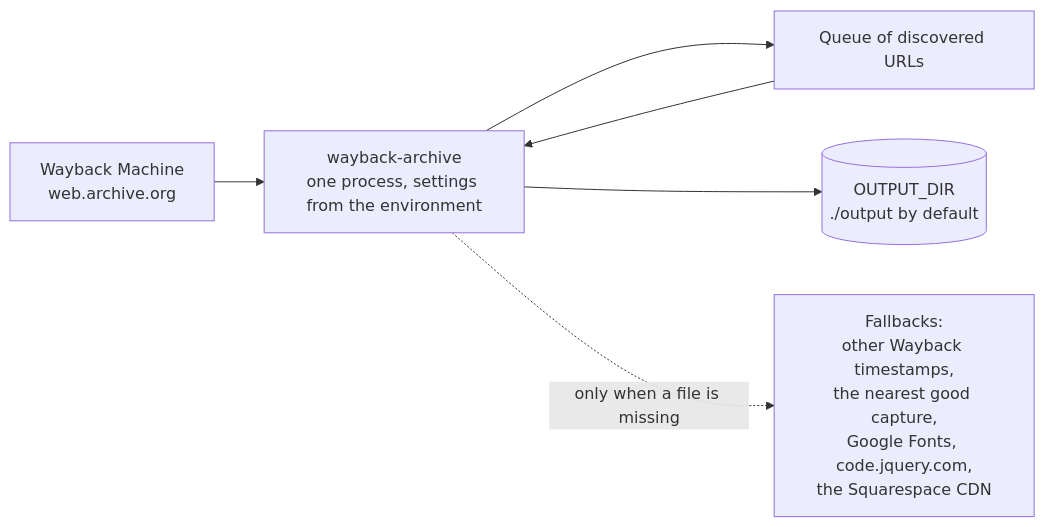
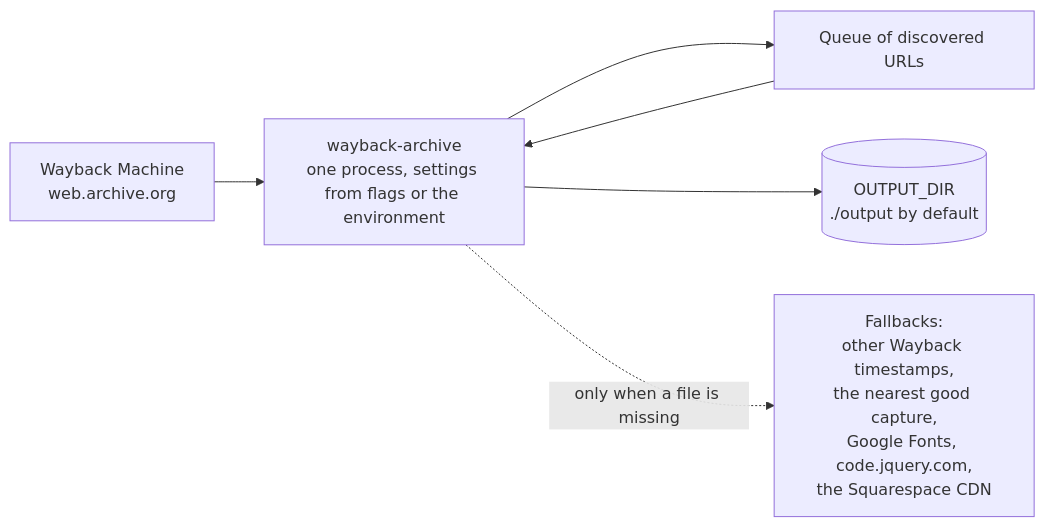
One commit to GeiserX/Wayback-Archive changed the diagram in docs/index.md. Above: the diagram before and after it, drawn with Mermaid. The commit also changed other lines of this file and 11 other files, not shown here.

First line of the commit message:
feat(cli): flags for every option, a Python API and a real end-to-end test

````diff
--- a/docs/index.md
+++ b/docs/index.md
@@ -91,13 +91,13 @@
 ```mermaid
 flowchart LR
     WB[Wayback Machine<br/>web.archive.org]
-    CLI[wayback-archive<br/>one process, settings from the environment]
+    CLI[wayback-archive<br/>one process, settings from flags or the environment]
     Q[Queue of discovered URLs]
     OUT[(OUTPUT_DIR<br/>./output by default)]
     FB[Fallbacks:<br/>other Wayback timestamps,<br/>the nearest good capture,<br/>Google Fonts, code.jquery.com,<br/>the Squarespace CDN]
 
     WB --> CLI
     CLI --> Q --> CLI
     CLI --> OUT
     CLI -. only when a file is missing .-> FB
 ```
````
